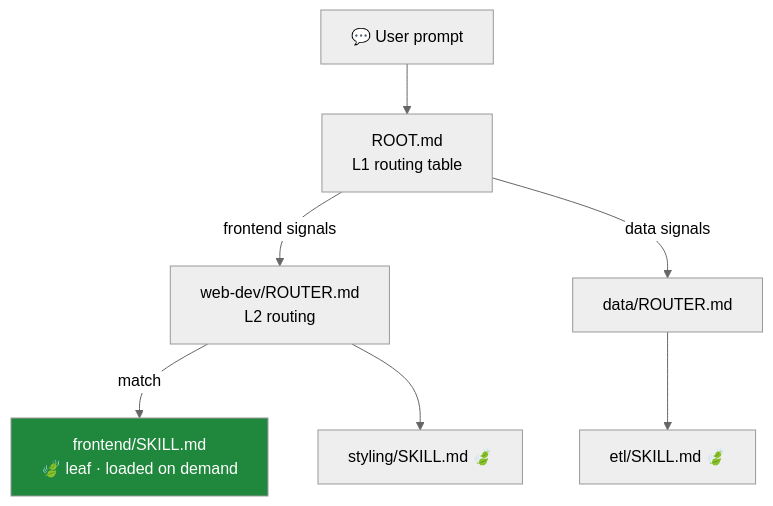
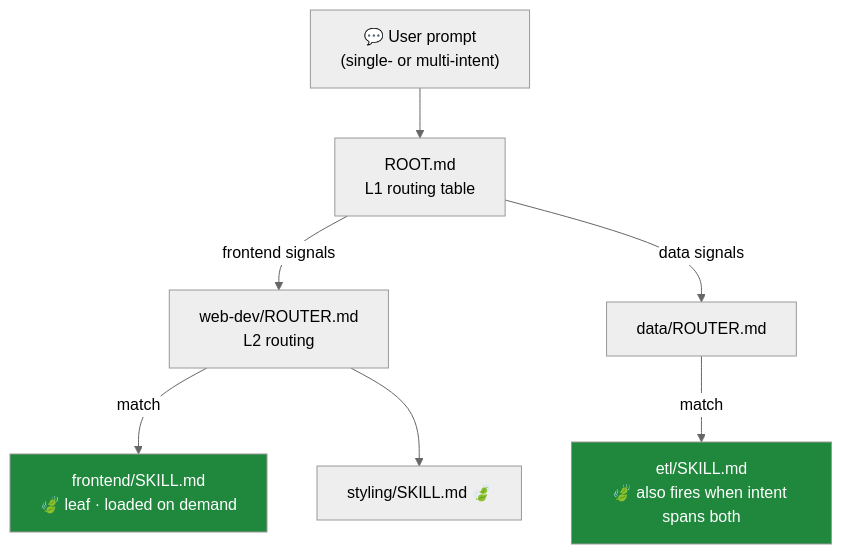
Before and after one commit to maipianworni/SkillTree: the diagram in README.md, drawn with Mermaid (neutral theme). The commit also changed other lines of this file and 1 other file, not shown here.

First line of the commit message:
docs: clarify SkillTree supports multi-leaf routing

````diff
--- a/README.md
+++ b/README.md
@@ -71,10 +73,11 @@
 ```mermaid
 flowchart TD
-    P["💬 User prompt"] --> ROOT["ROOT.md<br/>L1 routing table"]
+    P["💬 User prompt<br/>(single- or multi-intent)"] --> ROOT["ROOT.md<br/>L1 routing table"]
     ROOT -->|frontend signals| R1["web-dev/ROUTER.md<br/>L2 routing"]
     ROOT -->|data signals| R2["data/ROUTER.md"]
     R1 -->|match| L1["frontend/SKILL.md<br/>🍃 leaf · loaded on demand"]
     R1 --> L2["styling/SKILL.md 🍃"]
-    R2 --> L3["etl/SKILL.md 🍃"]
+    R2 -->|match| L3["etl/SKILL.md<br/>🍃 also fires when intent spans both"]
     style L1 fill:#1f883d,color:#fff
+    style L3 fill:#1f883d,color:#fff
 ```
````
